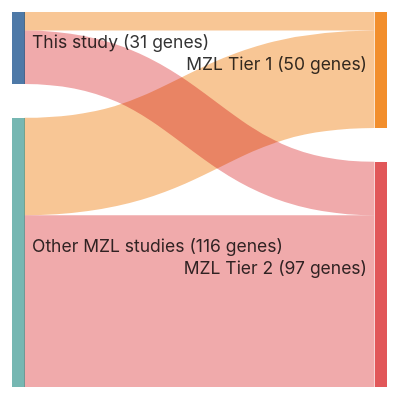
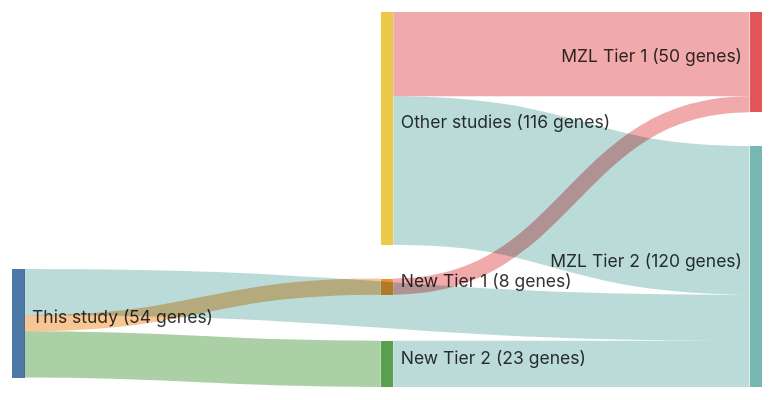
One commit to morinlab/lymphopedia changed the diagram in papers/spinaGeneticsNodalMarginal2016b.md. Above: the diagram before and after it, drawn with Mermaid. The commit also changed 82 other files, not shown here.

````diff
--- a/papers/spinaGeneticsNodalMarginal2016b.md
+++ b/papers/spinaGeneticsNodalMarginal2016b.md
@@ -12,18 +12,21 @@
 ```mermaid
 ---
 config:
     sankey:
         showValues: true
         linkColor: target
-        width: 300
+        width: 600
         height: 300
         nodeAlignment: right
         prefix: '('
         suffix: ' genes)'
 ---
 sankey-beta
-This study, MZL Tier 1, 8
+This study, New Tier 1, 8
+New Tier 1, MZL Tier 1, 8
 This study, MZL Tier 2, 23
-Other MZL studies, MZL Tier 1, 42
-Other MZL studies, MZL Tier 2, 74
+This study, New Tier 2, 23
+New Tier 2, MZL Tier 2, 23
+Other studies, MZL Tier 1, 42
+Other studies, MZL Tier 2, 74
 ```
````
